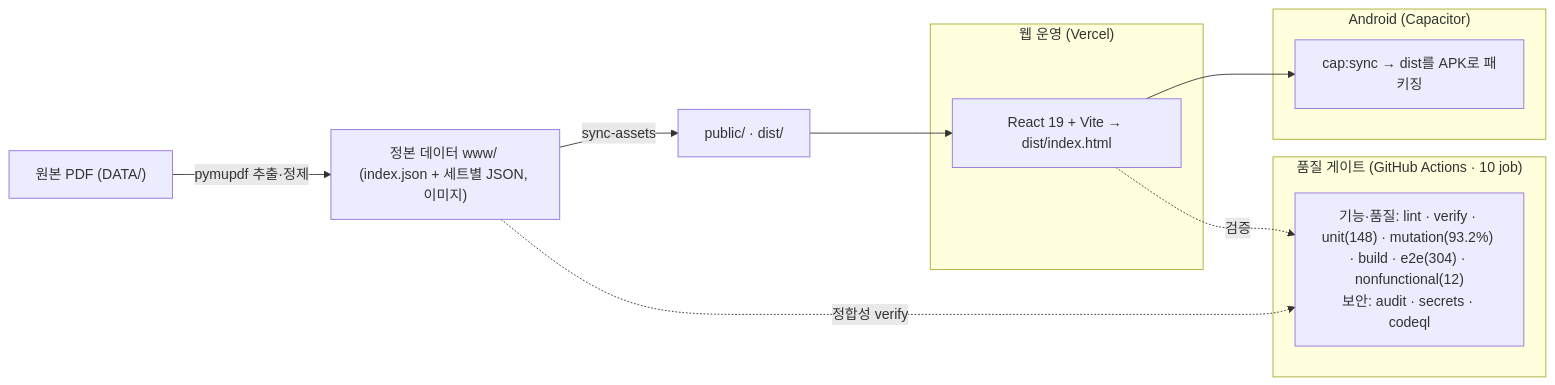
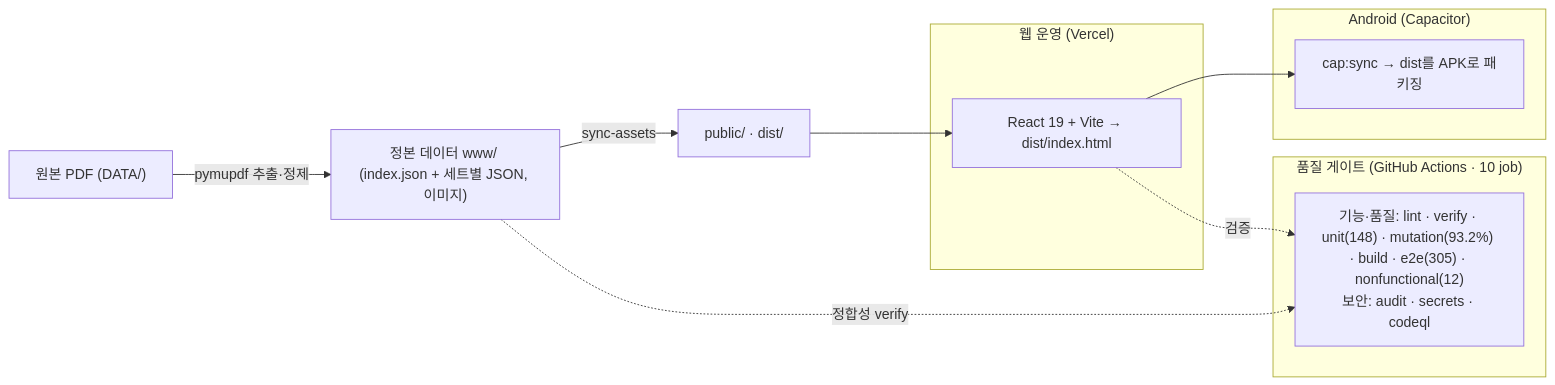
Before and after one commit to WindowHyun/ISTQB: the diagram in README.md, drawn with Mermaid. The commit also changed other lines of this file and 31 other files, not shown here.

````diff
--- a/README.md
+++ b/README.md
@@ -180,20 +181,20 @@
 ```mermaid
 flowchart LR
   PDF["원본 PDF (DATA/)"] -->|pymupdf 추출·정제| SRC["정본 데이터 www/ (index.json + 세트별 JSON, 이미지)"]
   SRC -->|sync-assets| PUB["public/ · dist/"]
 
   subgraph 웹_운영["웹 운영 (Vercel)"]
     REACT["React 19 + Vite → dist/index.html"]
   end
   subgraph APK["Android (Capacitor)"]
     CAP["cap:sync → dist를 APK로 패키징"]
   end
   PUB --> REACT
   REACT --> CAP
 
   subgraph 품질["품질 게이트 (GitHub Actions · 10 job)"]
-    CI["기능·품질: lint · verify · unit(148) · mutation(93.2%) · build · e2e(304) · nonfunctional(12)<br/>보안: audit · secrets · codeql"]
+    CI["기능·품질: lint · verify · unit(148) · mutation(93.2%) · build · e2e(305) · nonfunctional(12)<br/>보안: audit · secrets · codeql"]
   end
   REACT -.검증.-> CI
   SRC -.정합성 verify.-> CI
 ```
````
